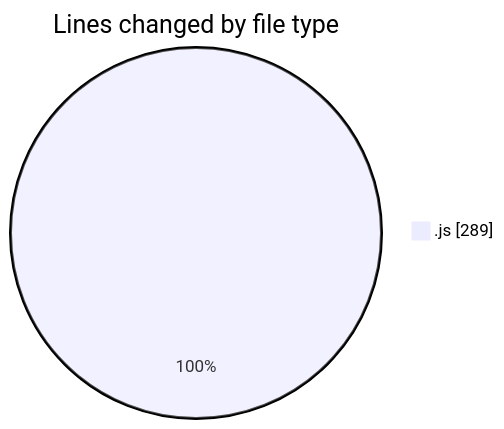
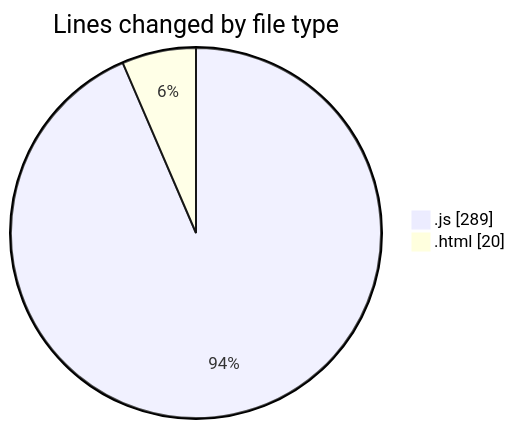
The first of 2 diagrams in 2025-08-09/javascript/README.md (Ritupan-Deka/code-tracking), drawn with Mermaid before and after one commit. The commit also changed other lines of this file and 1 other file, not shown here.

````diff
--- a/2025-08-09/javascript/README.md
+++ b/2025-08-09/javascript/README.md
@@ -20,5 +21,6 @@
 ```mermaid
 pie showData
 title Lines changed by file type
 ".js" : 289
+".html" : 20
 ```
````
